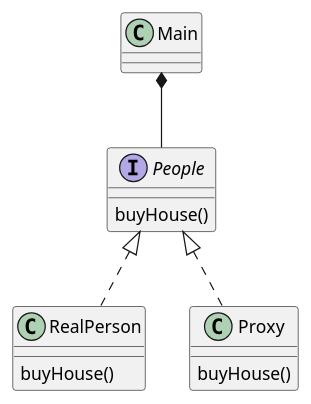
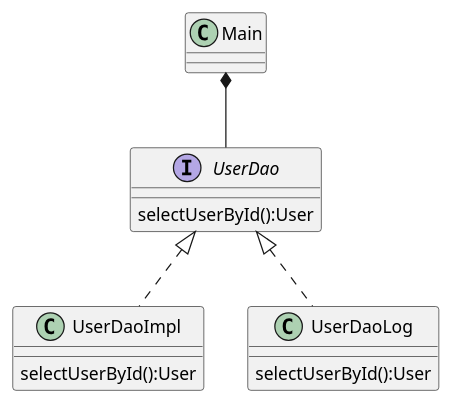
One commit to coder-tq/Software-design-and-architecture changed the diagram in experiments/proxy/UML.puml. Above: the diagram before and after it, drawn with PlantUML. The commit also changed 6 other files, not shown here.

```diff
--- a/experiments/proxy/UML.puml
+++ b/experiments/proxy/UML.puml
@@ -1,19 +1,20 @@
 @startuml
 
-interface People{
-buyHouse()
+interface UserDao{
+selectUserById():User
 }
 
-class RealPerson{
-buyHouse()
-}
-class Proxy{
-buyHouse()
+class UserDaoImpl{
+selectUserById():User
 }
 
-People <|.. RealPerson
-People <|.. Proxy
+class UserDaoLog{
+selectUserById():User
+}
 
-Main*--People
+Main *-- UserDao
+UserDao <|.. UserDaoImpl
+UserDao <|.. UserDaoLog
+
 
 @enduml
```
